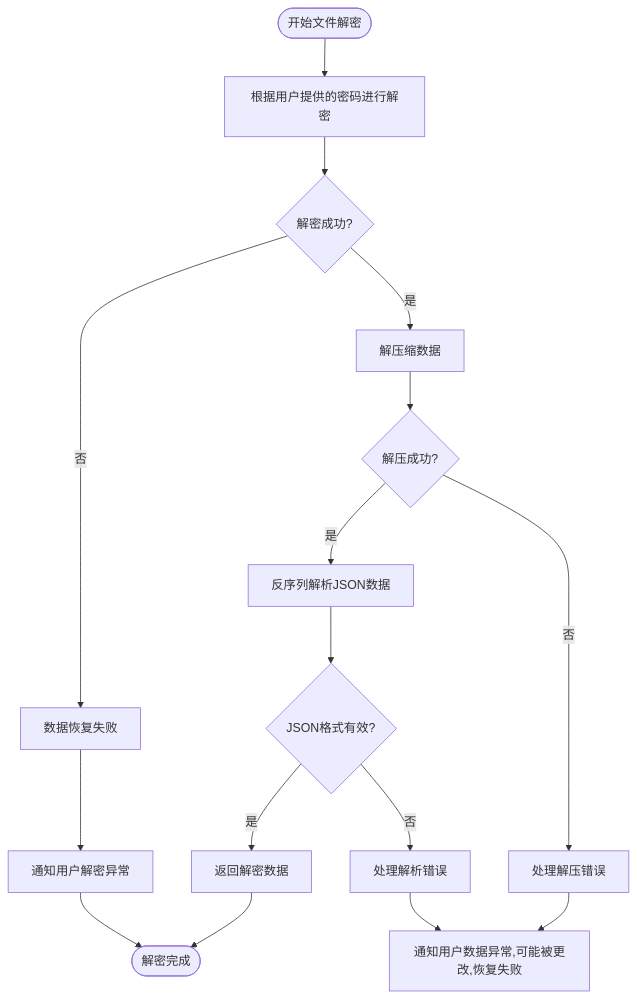
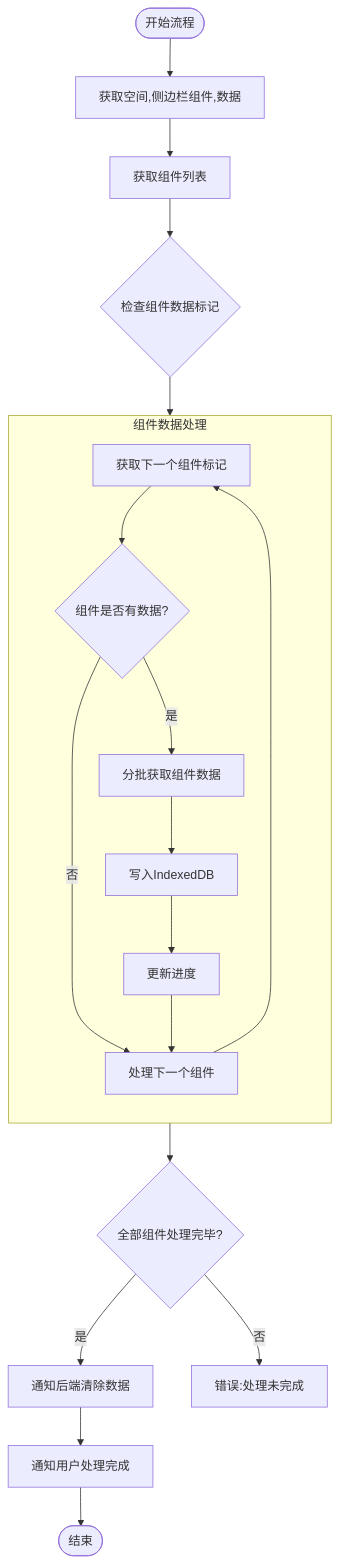
One commit to yingjianzh/iodraw-files changed the diagram in all/未命名-56.md. Above: the diagram before and after it, drawn with Mermaid.

Commit message:
2025-05-12 18:33:29 update

````diff
--- a/all/未命名-56.md
+++ b/all/未命名-56.md
@@ -1,26 +1,29 @@
 ```mermaid
 
 flowchart TD
-    Start([开始文件解密]) --> ReadFile[根据用户提供的密码进行解密]
-    ReadFile --> DecryptionSuccess{解密成功?}
+    Start([开始流程]) --> FetchSpaceData[获取空间,侧边栏组件,数据]
     
-    DecryptionSuccess -->|否| A[数据恢复失败]
-    DecryptionSuccess -->|是| DecompressData[解压缩数据]
+    FetchSpaceData --> FetchComponentList[获取组件列表]
+    FetchComponentList --> CheckComponentData{检查组件数据标记}
     
-    DecompressData --> DecompressionSuccess{解压成功?}
-    DecompressionSuccess -->|否| HandleDecompressError[处理解压错误]
-    DecompressionSuccess -->|是| ParseJSON[反序列解析JSON数据]
+    subgraph ComponentProcess [组件数据处理]
+        direction TB
+        A[获取下一个组件标记] --> B{组件是否有数据?}
+        B -->|否| NextComponent[处理下一个组件]
+        B -->|是| C[分批获取组件数据]
+        C --> D[写入IndexedDB]
+        D --> UpdateProgress[更新进度]
+        UpdateProgress --> NextComponent
+        NextComponent --> A
+    end
     
-    ParseJSON --> JSONValid{JSON格式有效?}
-    JSONValid -->|否| HandleParseError[处理解析错误]
-    JSONValid -->|是| ReturnDecryptedData[返回解密数据]
+    CheckComponentData --> ComponentProcess
+    ComponentProcess --> AllComponentsProcessed{全部组件处理完毕?}
     
-    ReturnDecryptedData --> End([解密完成])
+    AllComponentsProcessed -->|是| ClearServerData[通知后端清除数据]
+    AllComponentsProcessed -->|否| Error3[错误:处理未完成]
     
-    HandleDecompressError --> LogError[通知用户数据异常,可能被更改,恢复失败]
-    HandleParseError --> LogError
-    
-    A --> ThrowException[通知用户解密异常]
-    ThrowException --> End
+    ClearServerData --> CompletionNotification[通知用户处理完成]
+    CompletionNotification --> End([结束])
 
 ```
````
